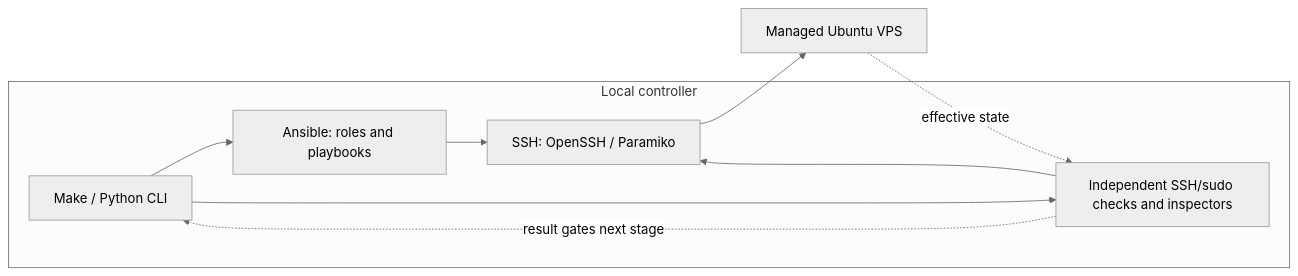
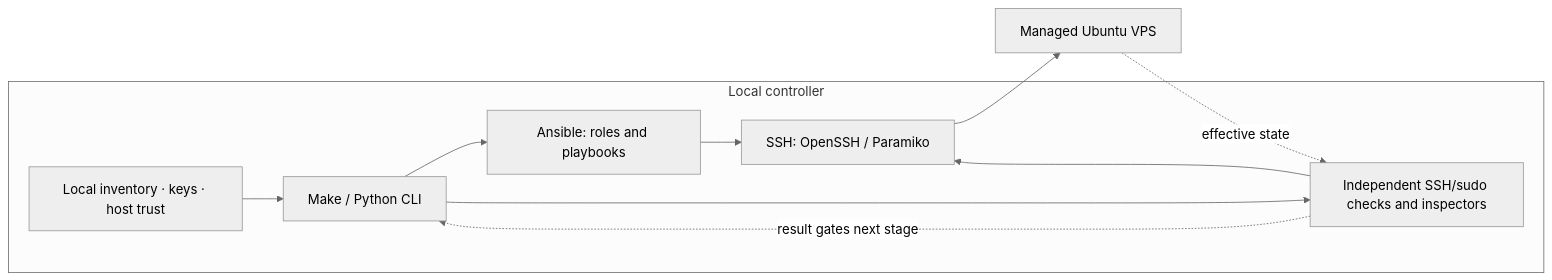
Before and after one commit to DanilFaritovich/portfolio-server-infrastructure: the diagram in README.md, drawn with Mermaid (neutral theme). The commit also changed other lines of this file and 8 other files, not shown here.

````diff
--- a/README.md
+++ b/README.md
@@ -45,12 +45,13 @@
 ```mermaid
 flowchart LR
     subgraph Controller["Local controller"]
-        CLI["Make / Python CLI"] --> Ansible["Ansible: roles and playbooks"]
+        State["Local inventory · keys · host trust"] --> CLI["Make / Python CLI"]
+        CLI --> Ansible["Ansible: roles and playbooks"]
         CLI --> Checks["Independent SSH/sudo checks and inspectors"]
         Ansible --> SSH["SSH: OpenSSH / Paramiko"]
         Checks --> SSH
         Checks -. "result gates next stage" .-> CLI
     end
     SSH --> VPS["Managed Ubuntu VPS"]
     VPS -. "effective state" .-> Checks
 ```
````
